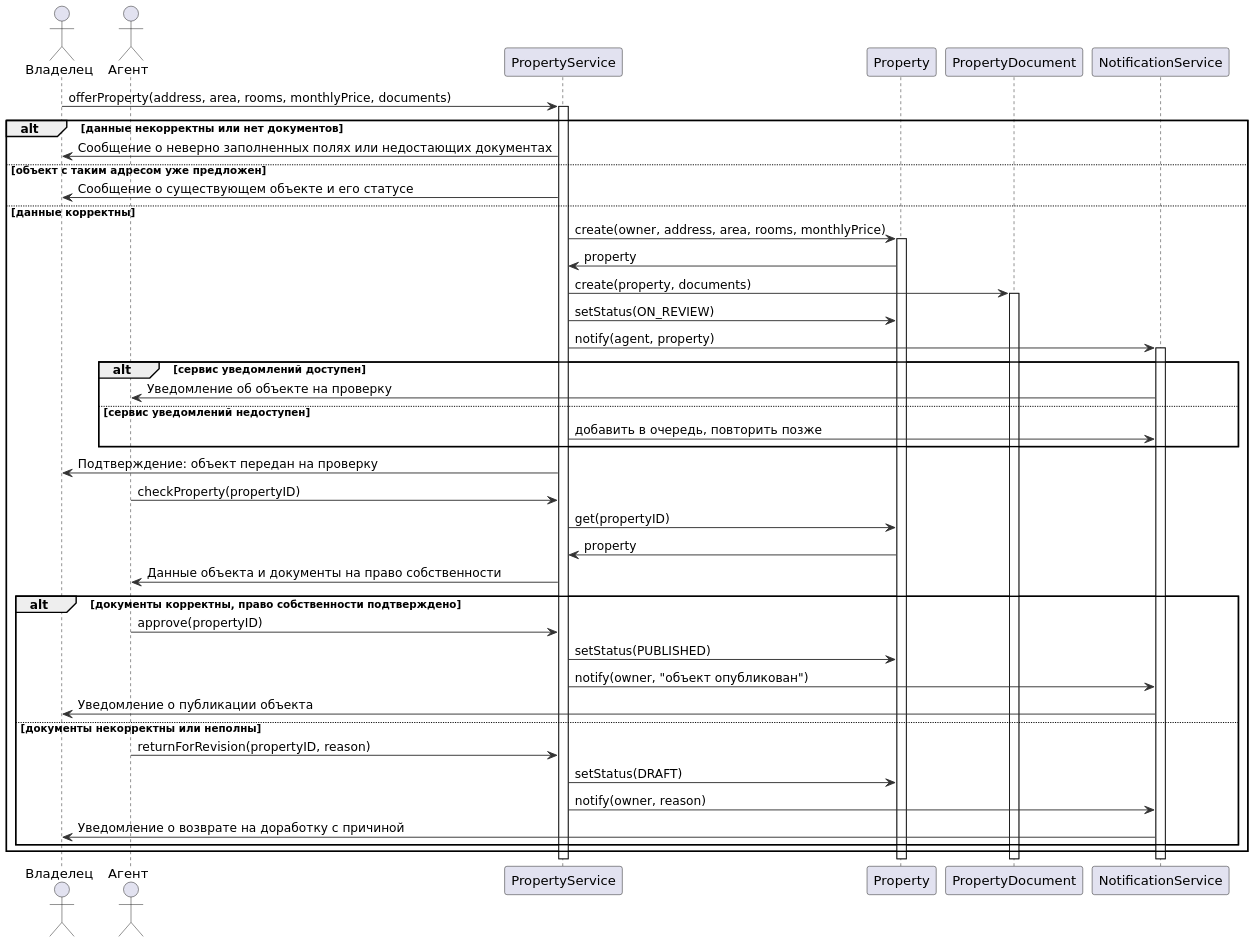
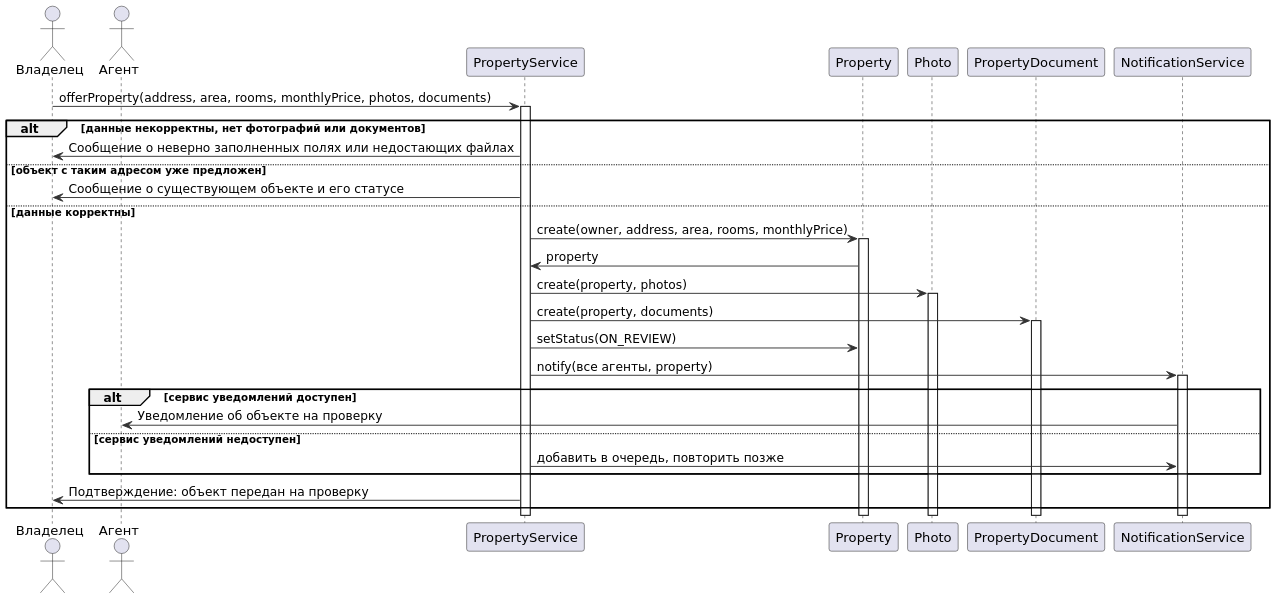
The first of 2 diagrams in Прецеденты/Прецедент 3/ДП3 код.md (penamarth/bsbo-11-24_team2_var8_rentagency), drawn with PlantUML before and after one commit. The commit also changed other lines of this file and 4 other files, not shown here.

````diff
--- a/Прецеденты/Прецедент 3/ДП3 код.md
+++ b/Прецеденты/Прецедент 3/ДП3 код.md
@@ -2,50 +3,37 @@
 ```plantuml
 @startuml
 skinparam defaultFontName DejaVu Sans
 skinparam shadowing false
 skinparam dpi 150
 skinparam ArrowColor #333333
 skinparam backgroundColor white
 
 actor Владелец
 actor Агент
 
-Владелец -> PropertyService : offerProperty(address, area, rooms, monthlyPrice, documents)
+Владелец -> PropertyService : offerProperty(address, area, rooms, monthlyPrice, photos, documents)
 activate PropertyService
-alt данные некорректны или нет документов
-Владелец <- PropertyService : Сообщение о неверно заполненных полях или недостающих документах
+alt данные некорректны, нет фотографий или документов
+Владелец <- PropertyService : Сообщение о неверно заполненных полях или недостающих файлах
 else объект с таким адресом уже предложен
 Владелец <- PropertyService : Сообщение о существующем объекте и его статусе
 else данные корректны
 PropertyService -> Property : create(owner, address, area, rooms, monthlyPrice)
 activate Property
 PropertyService <- Property : property
+PropertyService -> Photo : create(property, photos)
+activate Photo
 PropertyService -> PropertyDocument : create(property, documents)
 activate PropertyDocument
 PropertyService -> Property : setStatus(ON_REVIEW)
-PropertyService -> NotificationService : notify(agent, property)
+PropertyService -> NotificationService : notify(все агенты, property)
 activate NotificationService
 alt сервис уведомлений доступен
 NotificationService -> Агент : Уведомление об объекте на проверку
 else сервис уведомлений недоступен
 PropertyService -> NotificationService : добавить в очередь, повторить позже
 end
 Владелец <- PropertyService : Подтверждение: объект передан на проверку
-Агент -> PropertyService : checkProperty(propertyID)
-PropertyService -> Property : get(propertyID)
-PropertyService <- Property : property
-Агент <- PropertyService : Данные объекта и документы на право собственности
-alt документы корректны, право собственности подтверждено
-Агент -> PropertyService : approve(propertyID)
-PropertyService -> Property : setStatus(PUBLISHED)
-PropertyService -> NotificationService : notify(owner, "объект опубликован")
-NotificationService -> Владелец : Уведомление о публикации объекта
-else документы некорректны или неполны
-Агент -> PropertyService : returnForRevision(propertyID, reason)
-PropertyService -> Property : setStatus(DRAFT)
-PropertyService -> NotificationService : notify(owner, reason)
-NotificationService -> Владелец : Уведомление о возврате на доработку с причиной
-end
 end
 @enduml
 ```
````
